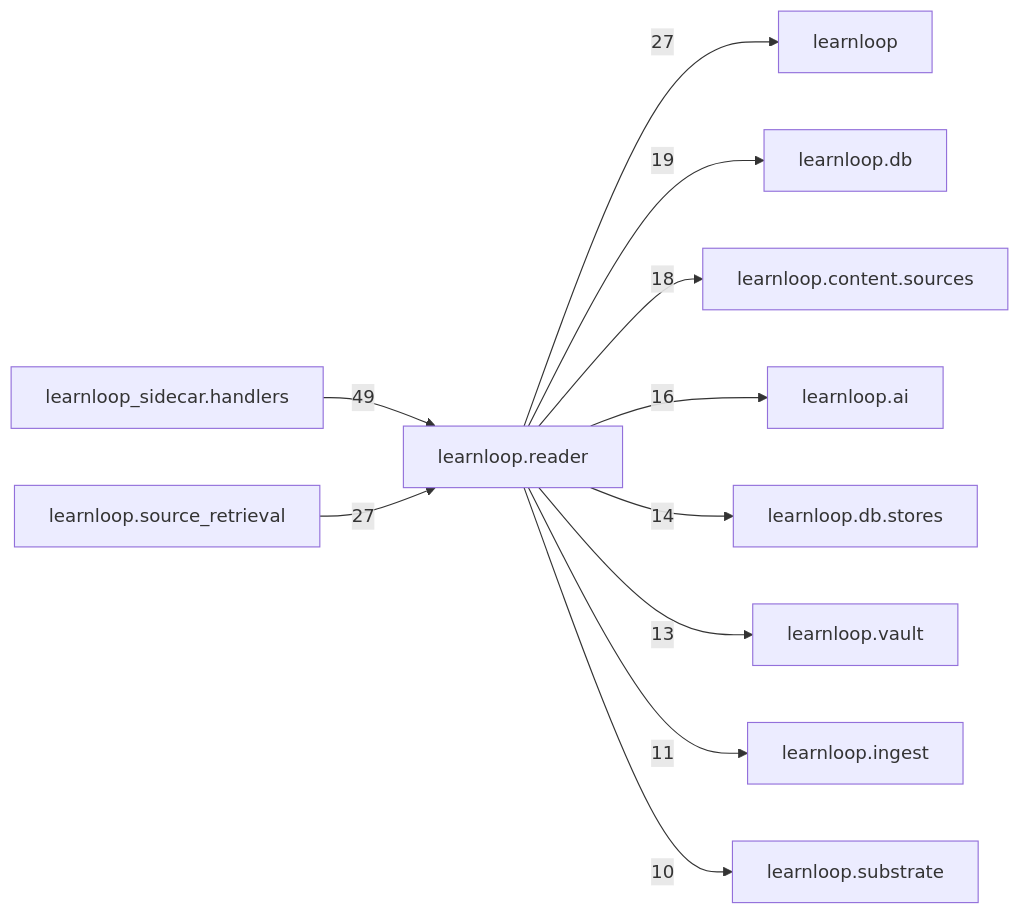
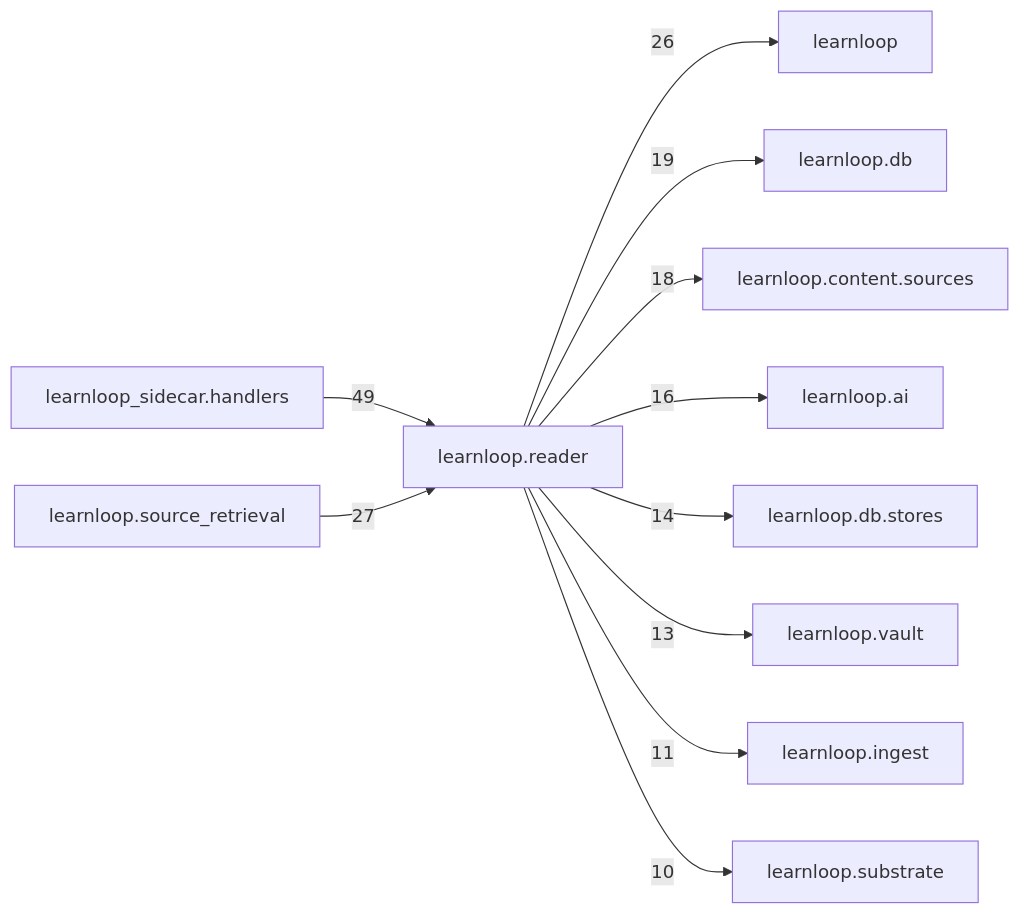
Before and after one commit to 6up-b/learnanything: the diagram in docs/learnloop-architecture-vault/Reference/Modules/learnloop/reader/_package.md, drawn with Mermaid. The commit also changed other lines of this file and 108 other files, not shown here.

````diff
--- a/docs/learnloop-architecture-vault/Reference/Modules/learnloop/reader/_package.md
+++ b/docs/learnloop-architecture-vault/Reference/Modules/learnloop/reader/_package.md
@@ -151,24 +151,24 @@
 ```mermaid
 flowchart LR
     center["learnloop.reader"]
     n_learnloop_sidecar_handlers["learnloop_sidecar.handlers"]
+    n_learnloop_source_retrieval["learnloop.source_retrieval"]
     n_learnloop["learnloop"]
-    n_learnloop_source_retrieval["learnloop.source_retrieval"]
     n_learnloop_db["learnloop.db"]
     n_learnloop_content_sources["learnloop.content.sources"]
     n_learnloop_ai["learnloop.ai"]
     n_learnloop_db_stores["learnloop.db.stores"]
     n_learnloop_vault["learnloop.vault"]
     n_learnloop_ingest["learnloop.ingest"]
     n_learnloop_substrate["learnloop.substrate"]
     n_learnloop_sidecar_handlers -->|49| center
-    center -->|27| n_learnloop
     n_learnloop_source_retrieval -->|27| center
+    center -->|26| n_learnloop
     center -->|19| n_learnloop_db
     center -->|18| n_learnloop_content_sources
     center -->|16| n_learnloop_ai
     center -->|14| n_learnloop_db_stores
     center -->|13| n_learnloop_vault
     center -->|11| n_learnloop_ingest
     center -->|10| n_learnloop_substrate
 ```
````
